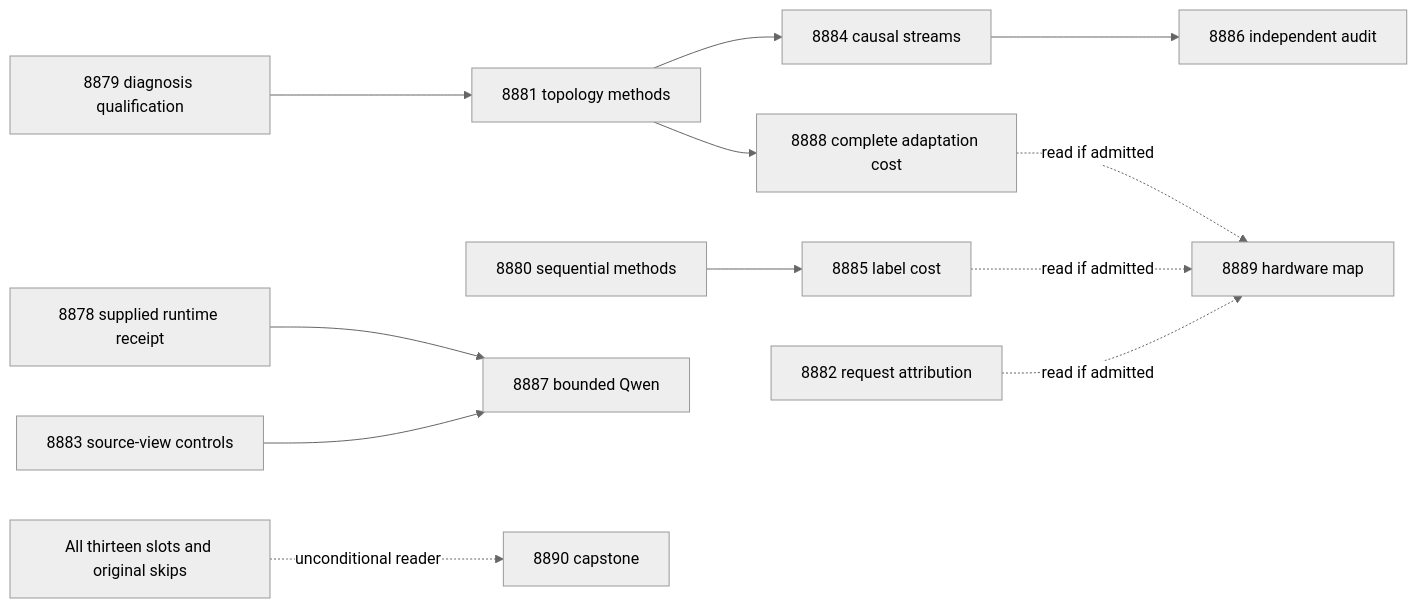
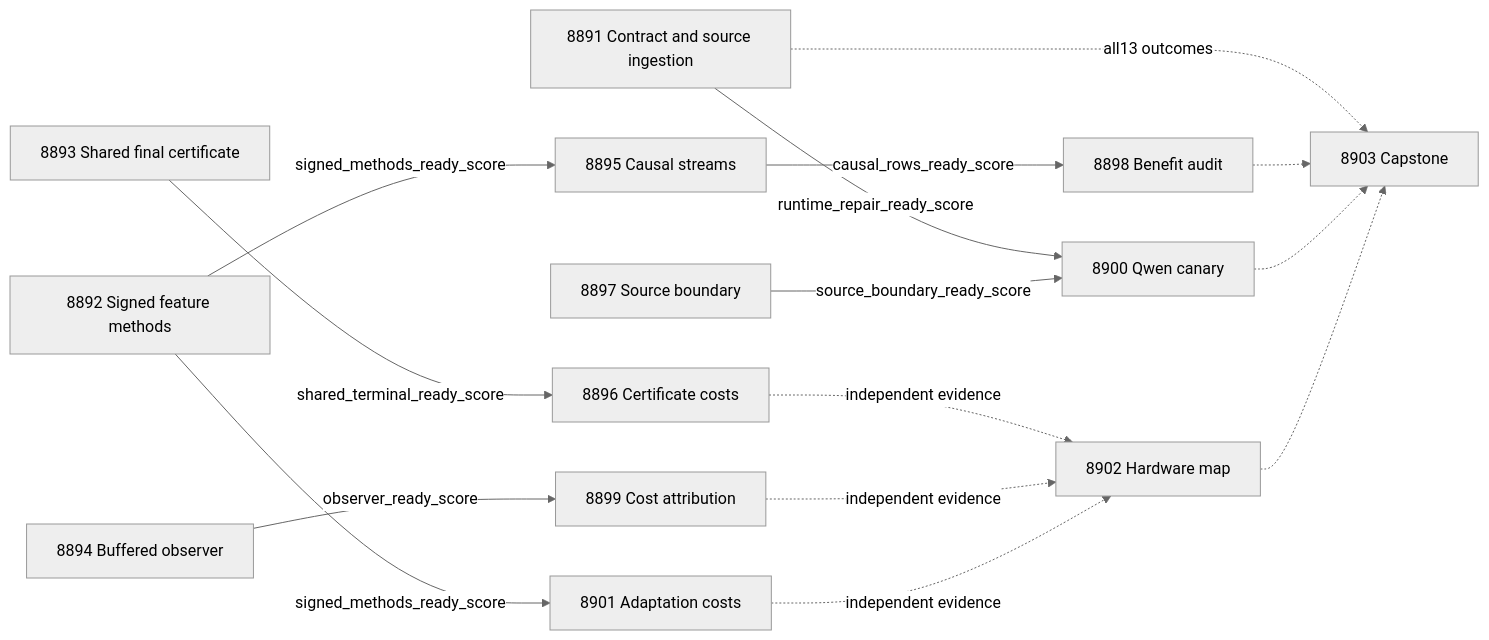
Before and after one commit to Carnot-EBM/carnot-ebm: the second of 2 diagrams in openspec/change-proposals/research-roadmap-vNEXT.md, drawn with Mermaid (neutral theme). The commit also changed other lines of this file and 19 other files, not shown here.

````diff
--- a/openspec/change-proposals/research-roadmap-vNEXT.md
+++ b/openspec/change-proposals/research-roadmap-vNEXT.md
@@ -201,14 +221,17 @@
 ```mermaid
 flowchart LR
-    E8879[8879 diagnosis qualification] --> E8881[8881 topology methods]
-    E8881 --> E8884[8884 causal streams]
-    E8884 --> E8886[8886 independent audit]
-    E8881 --> E8888[8888 complete adaptation cost]
-    E8880[8880 sequential methods] --> E8885[8885 label cost]
-    E8878[8878 supplied runtime receipt] --> E8887[8887 bounded Qwen]
-    E8883[8883 source-view controls] --> E8887
-    E8882[8882 request attribution] -. read if admitted .-> E8889[8889 hardware map]
-    E8885 -. read if admitted .-> E8889
-    E8888 -. read if admitted .-> E8889
-    ALL[All thirteen slots and original skips] -. unconditional reader .-> E8890[8890 capstone]
+    A[8891 Contract and source ingestion] -->|runtime_repair_ready_score| J[8900 Qwen canary]
+    B[8892 Signed feature methods] -->|signed_methods_ready_score| E[8895 Causal streams]
+    B -->|signed_methods_ready_score| K[8901 Adaptation costs]
+    C[8893 Shared final certificate] -->|shared_terminal_ready_score| F[8896 Certificate costs]
+    D[8894 Buffered observer] -->|observer_ready_score| I[8899 Cost attribution]
+    G[8897 Source boundary] -->|source_boundary_ready_score| J
+    E -->|causal_rows_ready_score| H[8898 Benefit audit]
+    F -. independent evidence .-> L[8902 Hardware map]
+    I -. independent evidence .-> L
+    K -. independent evidence .-> L
+    A -. all13 outcomes .-> M[8903 Capstone]
+    H -.-> M
+    J -.-> M
+    L -.-> M
 ```
````
